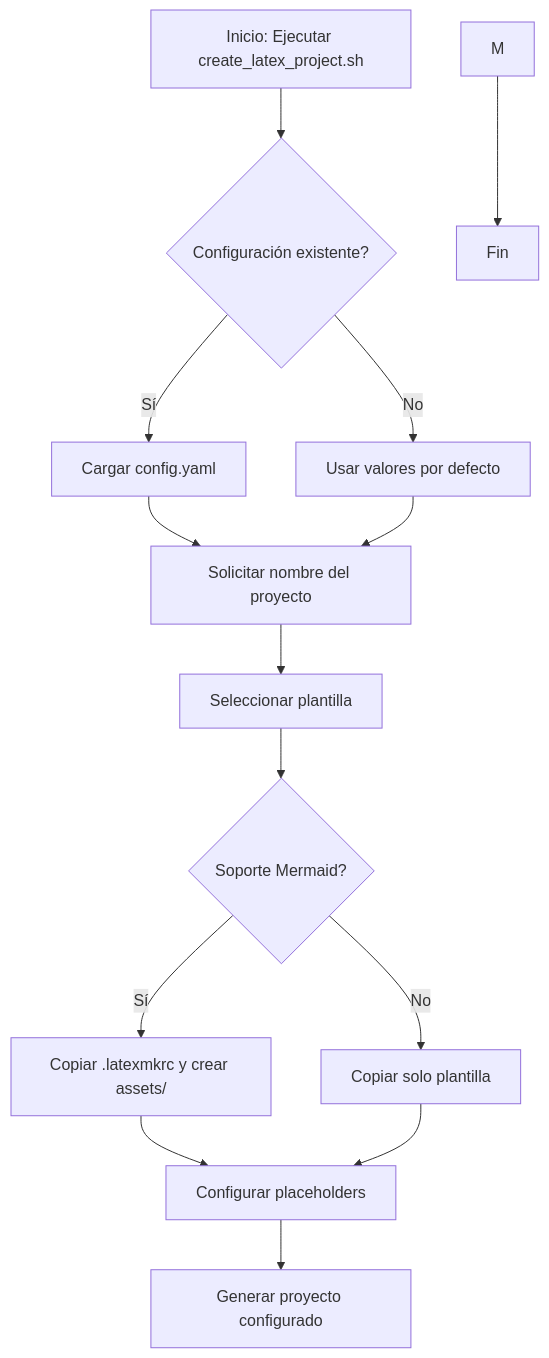
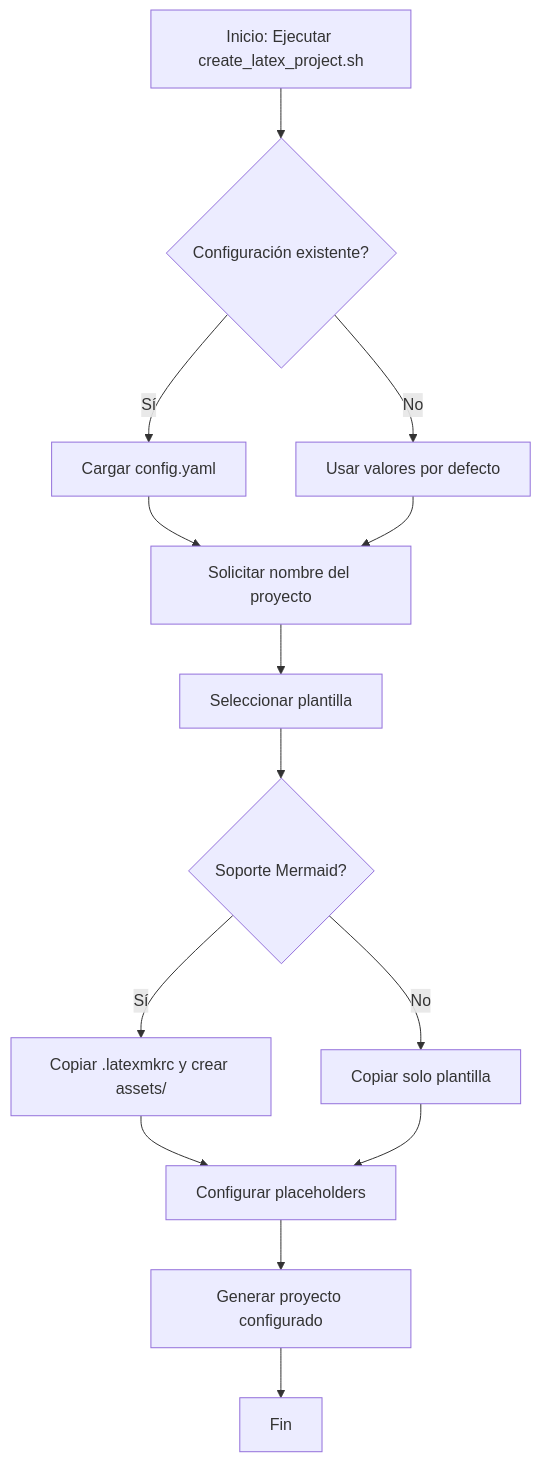
One commit to JheisonMB/LaTeX_env changed the first of 3 diagrams in README.md. Above: the diagram before and after it, drawn with Mermaid. The commit also changed other lines of this file and 5 other files, not shown here.

````diff
--- a/README.md
+++ b/README.md
@@ -7,16 +7,16 @@
 ```mermaid
 flowchart TD
     A[Inicio: Ejecutar create_latex_project.sh] --> B{Configuración existente?}
     B -->|Sí| C[Cargar config.yaml]
     B -->|No| D[Usar valores por defecto]
     C --> E[Solicitar nombre del proyecto]
     D --> E
     E --> F[Seleccionar plantilla]
     F --> G{Soporte Mermaid?}
     G -->|Sí| H[Copiar .latexmkrc y crear assets/]
     G -->|No| I[Copiar solo plantilla]
     H --> J[Configurar placeholders]
     I --> J
     J --> K[Generar proyecto configurado]
-    M --> N[Fin]
+    K --> M[Fin]
 ```
````
